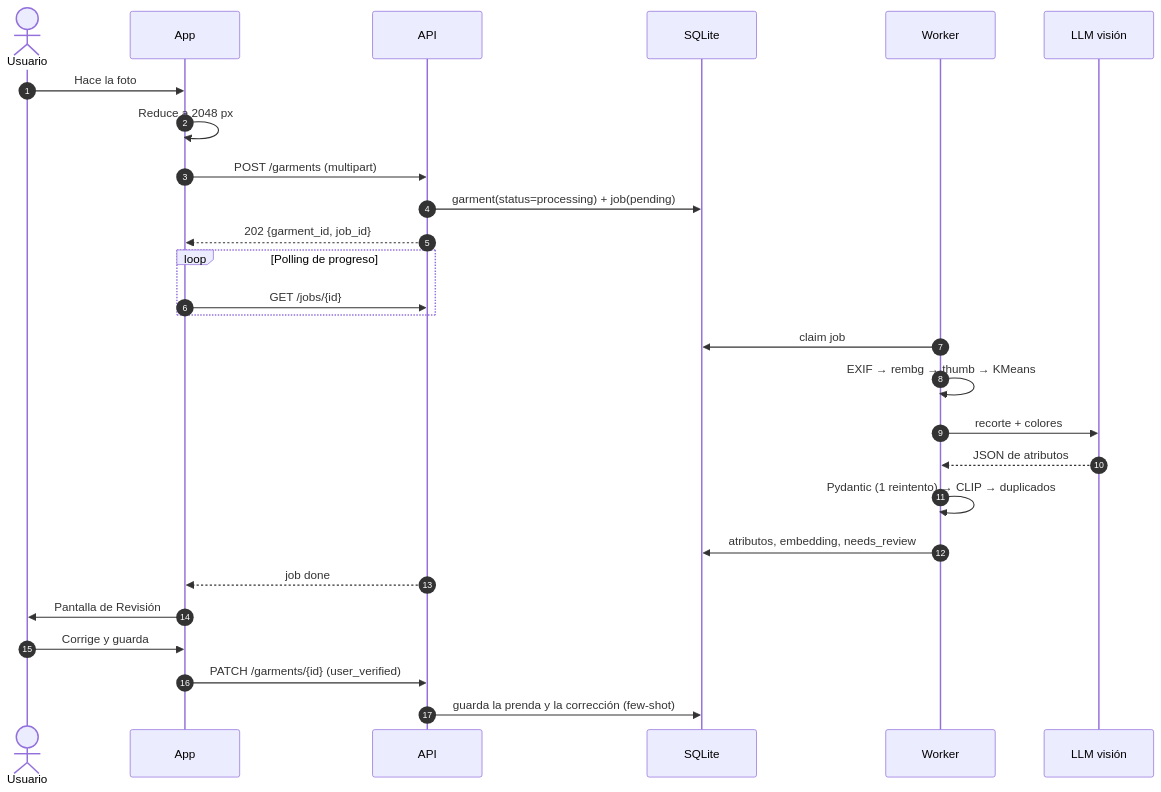
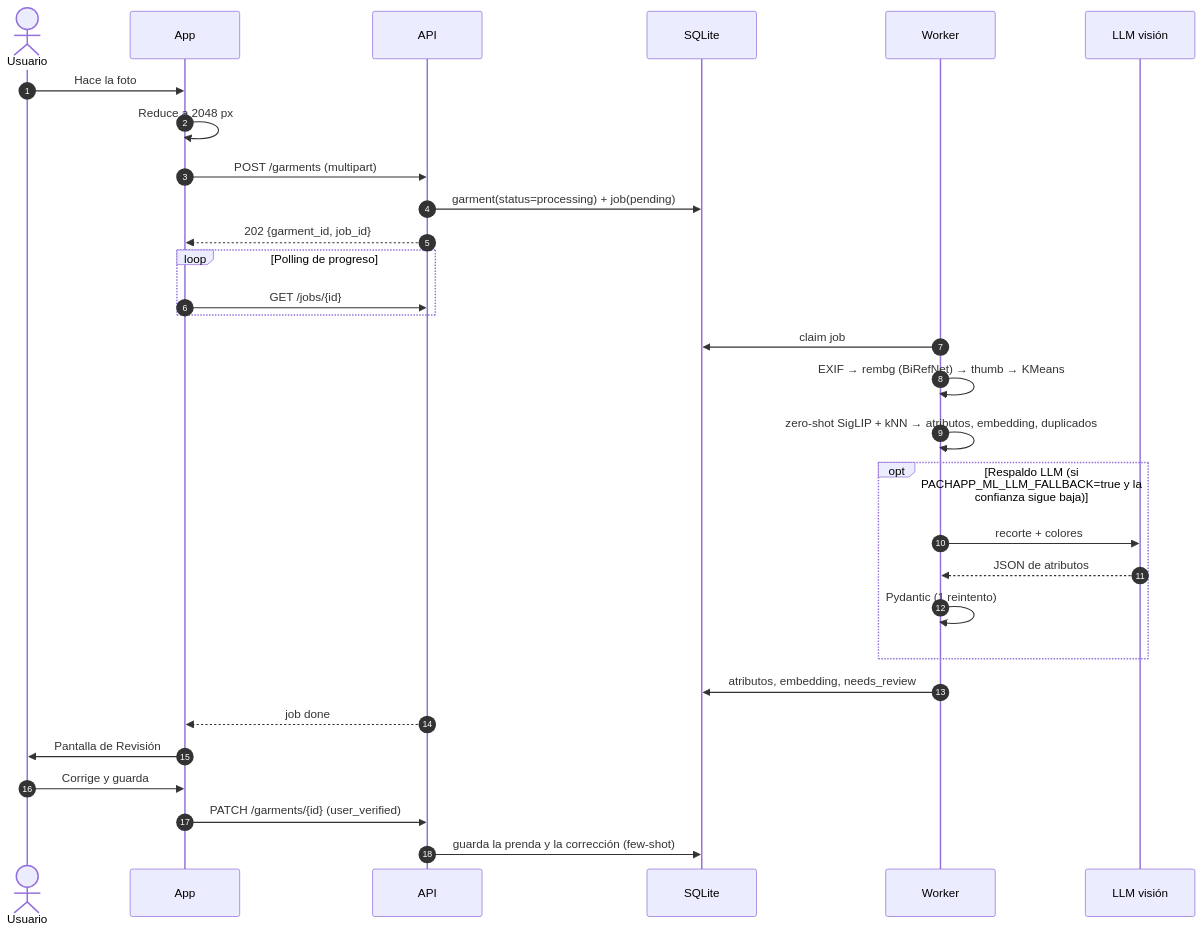
The fifth of 6 diagrams in docs/architecture/c4.md (ed-paredes/pachapp), drawn with Mermaid before and after one commit. The commit also changed other lines of this file and 6 other files, not shown here.

````diff
--- a/docs/architecture/c4.md
+++ b/docs/architecture/c4.md
@@ -160,30 +160,33 @@
 ```mermaid
 sequenceDiagram
     autonumber
     actor U as Usuario
     participant A as App
     participant API
     participant DB as SQLite
     participant W as Worker
     participant L as LLM visión
 
     U->>A: Hace la foto
     A->>A: Reduce a 2048 px
     A->>API: POST /garments (multipart)
     API->>DB: garment(status=processing) + job(pending)
     API-->>A: 202 {garment_id, job_id}
     loop Polling de progreso
         A->>API: GET /jobs/{id}
     end
     W->>DB: claim job
-    W->>W: EXIF → rembg → thumb → KMeans
-    W->>L: recorte + colores
-    L-->>W: JSON de atributos
-    W->>W: Pydantic (1 reintento) → CLIP → duplicados
+    W->>W: EXIF → rembg (BiRefNet) → thumb → KMeans
+    W->>W: zero-shot SigLIP + kNN → atributos, embedding, duplicados
+    opt Respaldo LLM (si PACHAPP_ML_LLM_FALLBACK=true y la confianza sigue baja)
+        W->>L: recorte + colores
+        L-->>W: JSON de atributos
+        W->>W: Pydantic (1 reintento)
+    end
     W->>DB: atributos, embedding, needs_review
     API-->>A: job done
     A->>U: Pantalla de Revisión
     U->>A: Corrige y guarda
     A->>API: PATCH /garments/{id} (user_verified)
     API->>DB: guarda la prenda y la corrección (few-shot)
 ```
````
